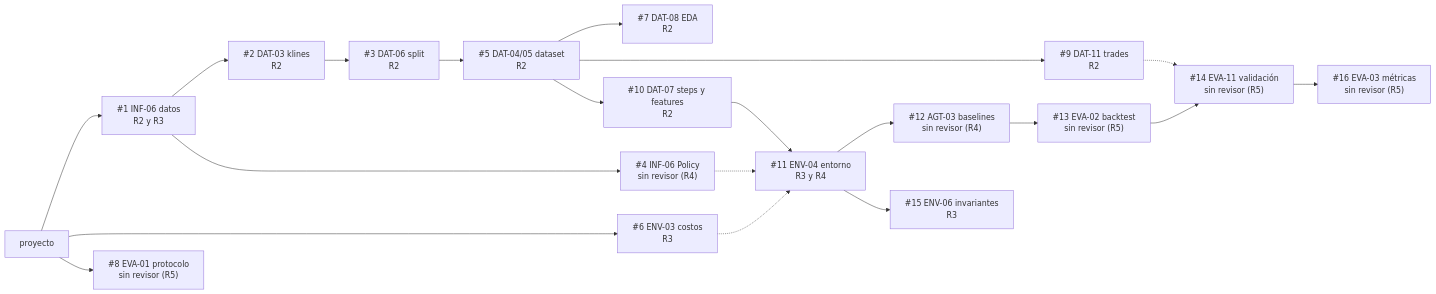
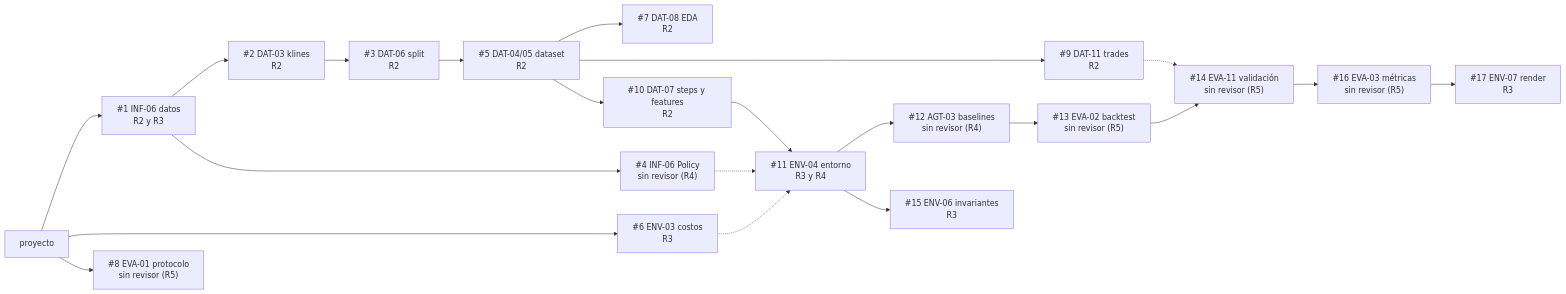
The first of 3 diagrams in docs/04_tareas.md (donmatthiuz/RL), drawn with Mermaid before and after one commit. The commit also changed other lines of this file, not shown here.

Commit message:
docs: agregar el PR de render al tablero [ENV-07]

````diff
--- a/docs/04_tareas.md
+++ b/docs/04_tareas.md
@@ -28,16 +28,17 @@
 ```mermaid
 flowchart LR
     P["proyecto"] --> PR1["#1 INF-06 datos<br/>R2 y R3"]
     PR1 --> PR2["#2 DAT-03 klines<br/>R2"] --> PR3["#3 DAT-06 split<br/>R2"] --> PR5["#5 DAT-04/05 dataset<br/>R2"]
     PR1 --> PR4["#4 INF-06 Policy<br/>sin revisor (R4)"]
     P --> PR6["#6 ENV-03 costos<br/>R3"]
     P --> PR8["#8 EVA-01 protocolo<br/>sin revisor (R5)"]
     PR5 --> PR7["#7 DAT-08 EDA<br/>R2"]
     PR5 --> PR9["#9 DAT-11 trades<br/>R2"]
     PR5 --> PR10["#10 DAT-07 steps y features<br/>R2"] --> PR11["#11 ENV-04 entorno<br/>R3 y R4"]
     PR4 -.-> PR11
     PR6 -.-> PR11
     PR11 --> PR12["#12 AGT-03 baselines<br/>sin revisor (R4)"] --> PR13["#13 EVA-02 backtest<br/>sin revisor (R5)"] --> PR14["#14 EVA-11 validación<br/>sin revisor (R5)"] --> PR16["#16 EVA-03 métricas<br/>sin revisor (R5)"]
     PR9 -.-> PR14
     PR11 --> PR15["#15 ENV-06 invariantes<br/>R3"]
+    PR16 --> PR17["#17 ENV-07 render<br/>R3"]
 ```
````
